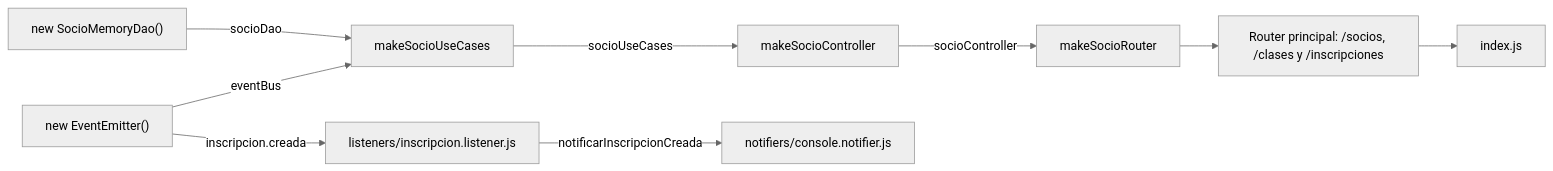
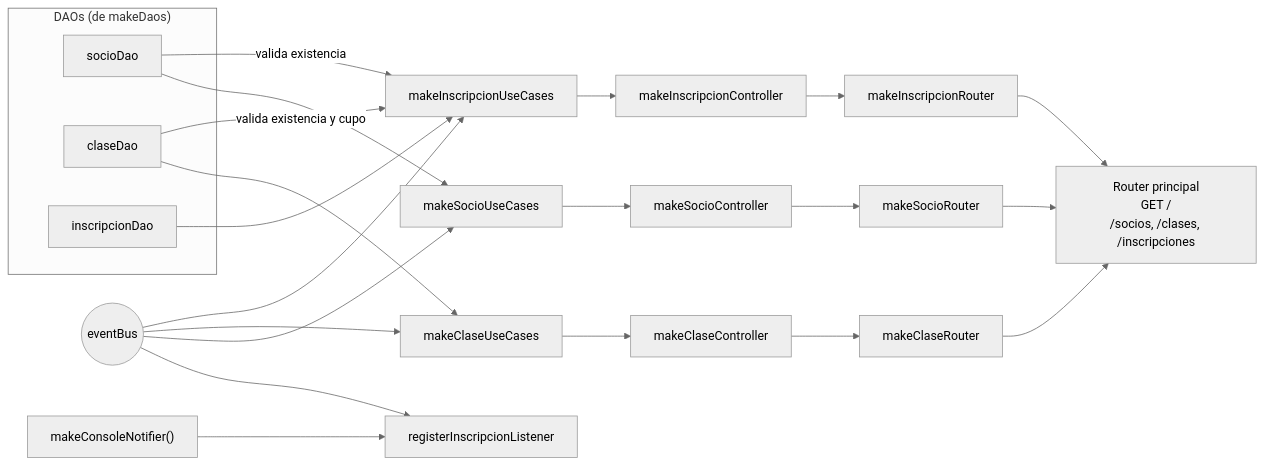
The third of 10 diagrams in docs/arquitectura.md (SolVaccaro93/TP2-TRABAJO-FINAL), drawn with Mermaid (neutral theme) before and after one commit. The commit also changed other lines of this file and 1 other file, not shown here.

````diff
--- a/docs/arquitectura.md
+++ b/docs/arquitectura.md
@@ -58,20 +93,42 @@
 ```mermaid
 flowchart LR
-    dao["new SocioMemoryDao()"]
-    eventBus["new EventEmitter()"]
-    usecases["makeSocioUseCases"]
-    listener["listeners/inscripcion.listener.js"]
-    notifier["notifiers/console.notifier.js"]
-    controller["makeSocioController"]
-    router["makeSocioRouter"]
-    principal["Router principal: /socios, /clases y /inscripciones"]
-    index["index.js"]
+    subgraph daos["DAOs (de makeDaos)"]
+        socioDao["socioDao"]
+        claseDao["claseDao"]
+        inscripcionDao["inscripcionDao"]
+    end
 
-    dao -- "socioDao" --> usecases
-    eventBus -- "eventBus" --> usecases
-    eventBus -- "inscripcion.creada" --> listener
-    listener -- "notificarInscripcionCreada" --> notifier
-    usecases -- "socioUseCases" --> controller
-    controller -- "socioController" --> router
-    router --> principal --> index
+    eventBus(("eventBus"))
+    notifier["makeConsoleNotifier()"]
+    listener["registerInscripcionListener"]
+
+    socioUC["makeSocioUseCases"]
+    claseUC["makeClaseUseCases"]
+    inscUC["makeInscripcionUseCases"]
+
+    socioCtrl["makeSocioController"]
+    claseCtrl["makeClaseController"]
+    inscCtrl["makeInscripcionController"]
+
+    socioR["makeSocioRouter"]
+    claseR["makeClaseRouter"]
+    inscR["makeInscripcionRouter"]
+
+    router["Router principal<br/>GET /<br/>/socios, /clases, /inscripciones"]
+
+    eventBus --> listener
+    notifier --> listener
+
+    socioDao --> socioUC
+    claseDao --> claseUC
+    inscripcionDao --> inscUC
+    socioDao -- "valida existencia" --> inscUC
+    claseDao -- "valida existencia y cupo" --> inscUC
+    eventBus --> socioUC
+    eventBus --> claseUC
+    eventBus --> inscUC
+
+    socioUC --> socioCtrl --> socioR --> router
+    claseUC --> claseCtrl --> claseR --> router
+    inscUC --> inscCtrl --> inscR --> router
 ```
````
